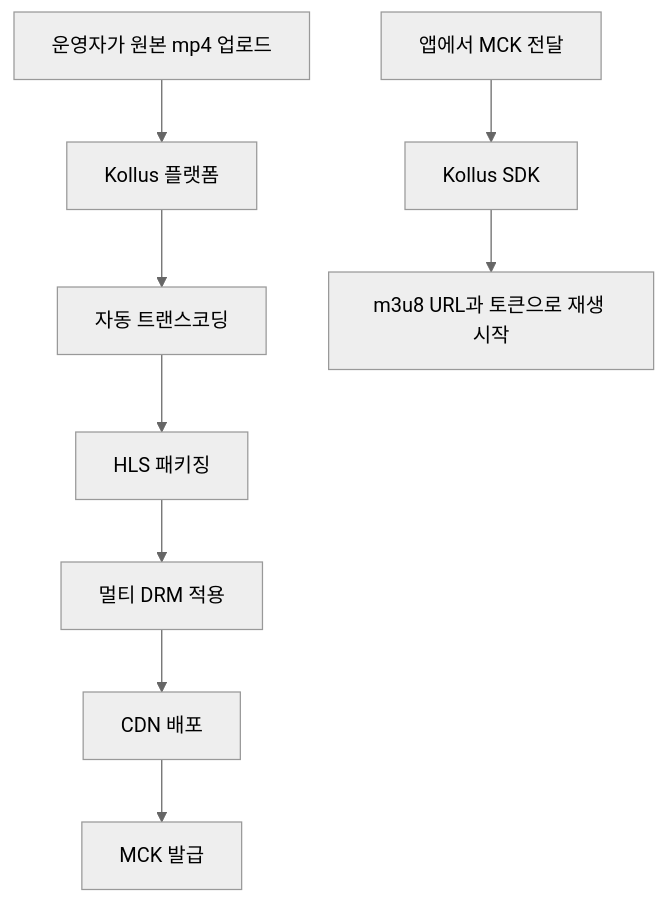
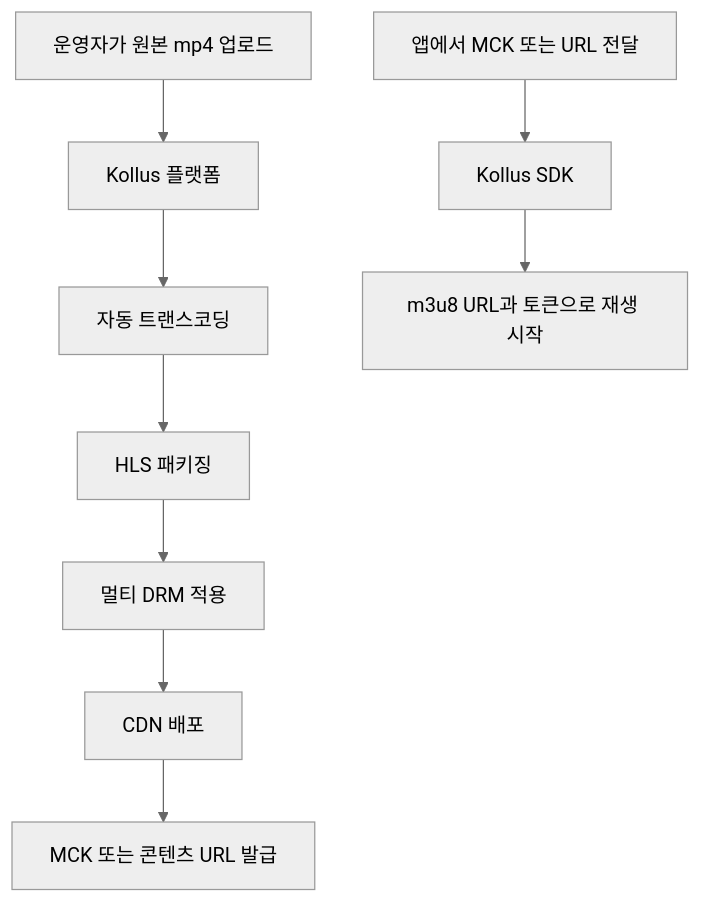
Before and after one commit to megastudymobile/ms-videoplayer-ios: the second of 6 diagrams in docs/blog/03-why-kollus-sdk.md, drawn with Mermaid (neutral theme). The commit also changed other lines of this file and 2 other files, not shown here.

Commit message:
feat(kollus): extend PlaybackSource and PlayerEvent for enhanced functionality

````diff
--- a/docs/blog/03-why-kollus-sdk.md
+++ b/docs/blog/03-why-kollus-sdk.md
@@ -101,11 +103,11 @@
 ```mermaid
 flowchart TB
     Upload[운영자가 원본 mp4 업로드] --> Kollus[Kollus 플랫폼]
     Kollus --> Transcoding[자동 트랜스코딩]
     Transcoding --> Packaging[HLS 패키징]
     Packaging --> MultiDRM[멀티 DRM 적용]
     MultiDRM --> CDN[CDN 배포]
-    CDN --> MCK[MCK 발급]
-    App[앱에서 MCK 전달] --> SDK[Kollus SDK]
+    CDN --> MCK[MCK 또는 콘텐츠 URL 발급]
+    App[앱에서 MCK 또는 URL 전달] --> SDK[Kollus SDK]
     SDK --> Playback[m3u8 URL과 토큰으로 재생 시작]
 ```
````
